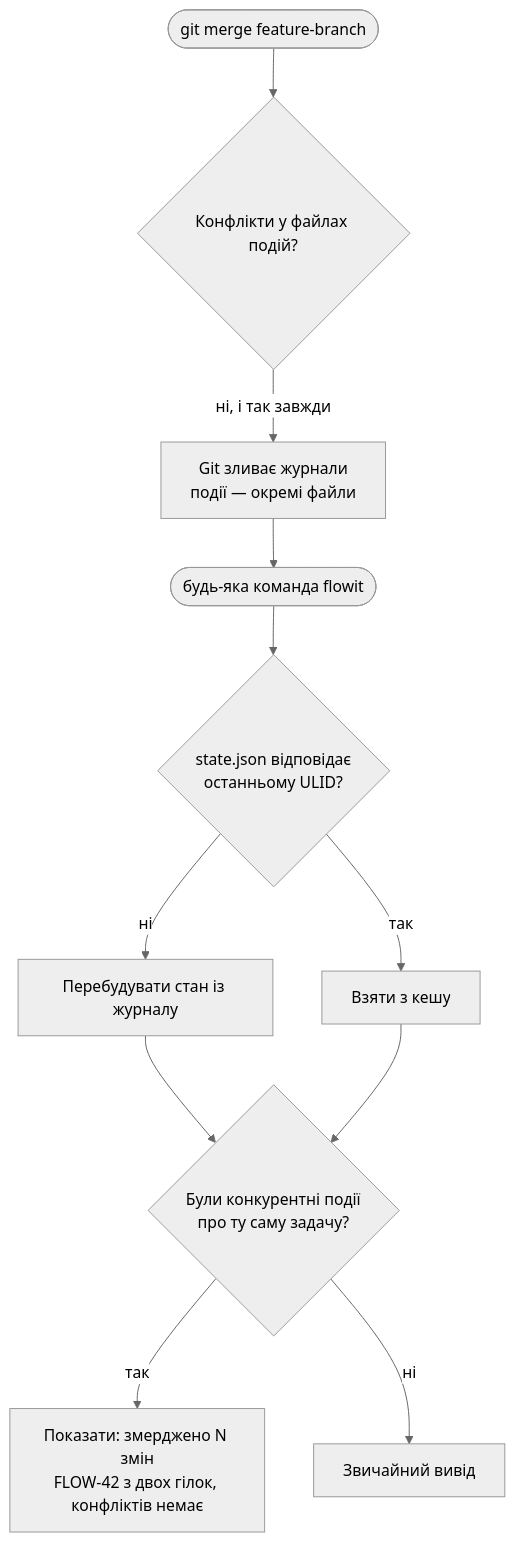
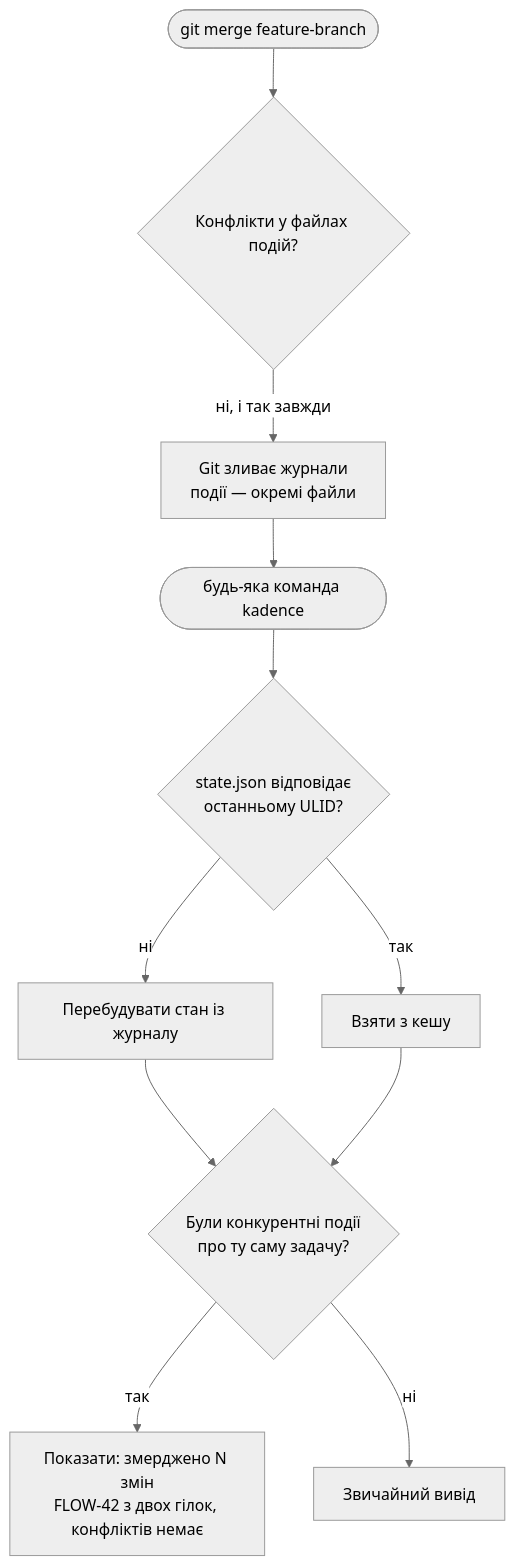
Before and after one commit to bogutskiandriy/kadence: the fourth of 5 diagrams in docs/design/user-flows.md, drawn with Mermaid (neutral theme). The commit also changed other lines of this file and 64 other files, not shown here.

````diff
--- a/docs/design/user-flows.md
+++ b/docs/design/user-flows.md
@@ -75,13 +75,13 @@
 ```mermaid
 flowchart TD
     A([git merge feature-branch]) --> B{Конфлікти у файлах подій?}
     B -- ні, і так завжди --> C[Git зливає журнали<br/>події — окремі файли]
-    C --> D([будь-яка команда flowit])
+    C --> D([будь-яка команда kadence])
     D --> E{state.json відповідає<br/>останньому ULID?}
     E -- ні --> F[Перебудувати стан із журналу]
     E -- так --> G[Взяти з кешу]
     F --> H{Були конкурентні події<br/>про ту саму задачу?}
     G --> H
     H -- так --> I[Показати: змерджено N змін<br/>FLOW-42 з двох гілок, конфліктів немає]
     H -- ні --> J[Звичайний вивід]
 ```
````
